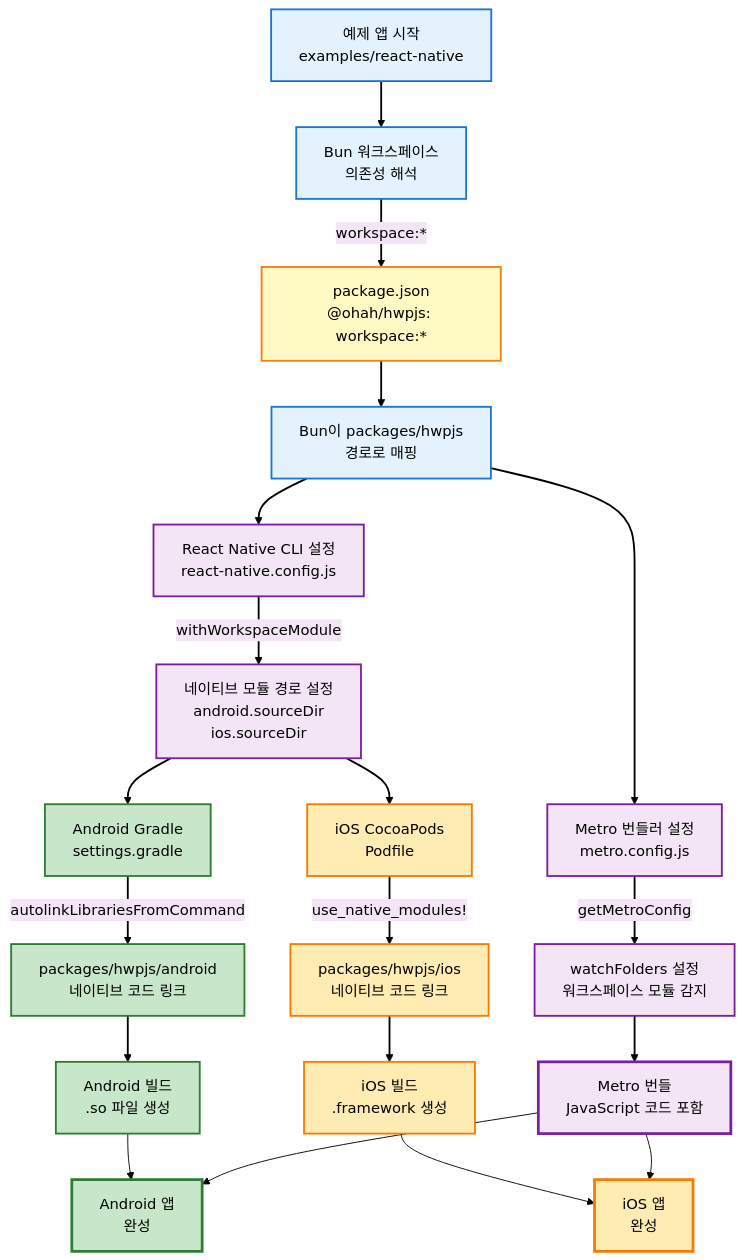
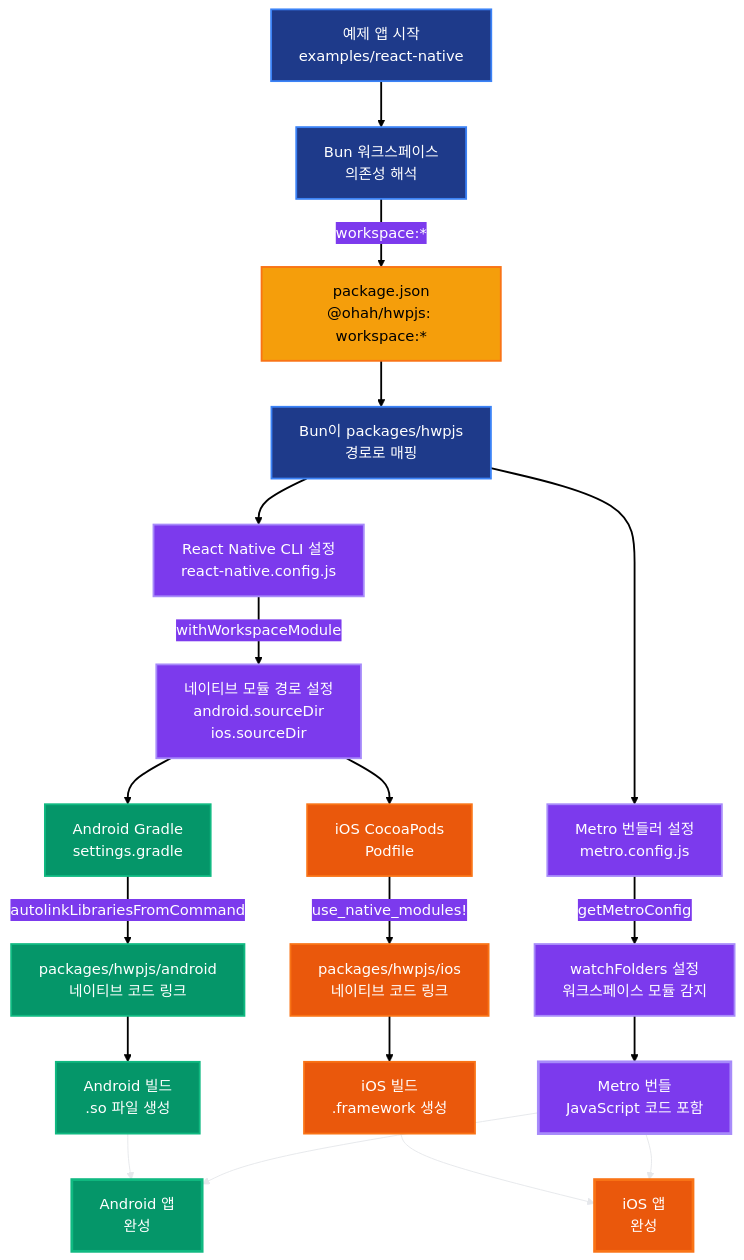
The diagram in docs/monthly-opensource/hwpjs/development-4.mdx (ohah/ohah.github.io), drawn with Mermaid before and after one commit. The commit also changed 3 other files, not shown here.

````diff
--- a/docs/monthly-opensource/hwpjs/development-4.mdx
+++ b/docs/monthly-opensource/hwpjs/development-4.mdx
@@ -276,62 +276,62 @@
 ```mermaid
-%%{init: {'theme':'base', 'themeVariables': { 'primaryColor':'#e3f2fd', 'primaryTextColor':'#000', 'primaryBorderColor':'#1976d2', 'lineColor':'#000000', 'secondaryColor':'#f3e5f5', 'tertiaryColor':'#fff9c4', 'fontSize':'16px', 'clusterBkg':'#e3f2fd', 'clusterText':'#000', 'clusterFontSize':'18px', 'edgeLabelFontSize':'16px'}}}%%
+%%{init: {'theme':'base', 'themeVariables': { 'primaryColor':'#1e3a8a', 'primaryTextColor':'#fff', 'primaryBorderColor':'#3b82f6', 'lineColor':'#e5e7eb', 'secondaryColor':'#7c3aed', 'tertiaryColor':'#f59e0b', 'fontSize':'16px', 'clusterBkg':'#1e3a8a', 'clusterText':'#fff', 'clusterFontSize':'18px', 'edgeLabelFontSize':'16px'}}}%%
 graph TB
     Start["예제 앱 시작<br/>examples/react-native"] --> BunDep["Bun 워크스페이스<br/>의존성 해석"]
     
     BunDep -->|workspace:*| PackageJson["package.json<br/>@ohah/hwpjs: workspace:*"]
     PackageJson --> BunResolve["Bun이 packages/hwpjs<br/>경로로 매핑"]
     
     BunResolve --> MetroConfig["Metro 번들러 설정<br/>metro.config.js"]
     MetroConfig -->|getMetroConfig| MetroWatch["watchFolders 설정<br/>워크스페이스 모듈 감지"]
     
     BunResolve --> RNConfig["React Native CLI 설정<br/>react-native.config.js"]
     RNConfig -->|withWorkspaceModule| RNPath["네이티브 모듈 경로 설정<br/>android.sourceDir<br/>ios.sourceDir"]
     
     RNPath --> AndroidGradle["Android Gradle<br/>settings.gradle"]
     AndroidGradle -->|autolinkLibrariesFromCommand| AndroidLink["packages/hwpjs/android<br/>네이티브 코드 링크"]
     AndroidLink --> AndroidBuild["Android 빌드<br/>.so 파일 생성"]
     
     RNPath --> iOSPodfile["iOS CocoaPods<br/>Podfile"]
     iOSPodfile -->|use_native_modules!| iOSLink["packages/hwpjs/ios<br/>네이티브 코드 링크"]
     iOSLink --> iOSBuild["iOS 빌드<br/>.framework 생성"]
     
     MetroWatch --> MetroBundle["Metro 번들<br/>JavaScript 코드 포함"]
     AndroidBuild --> AndroidApp["Android 앱<br/>완성"]
     iOSBuild --> iOSApp["iOS 앱<br/>완성"]
     
     MetroBundle --> AndroidApp
     MetroBundle --> iOSApp
     
-    style Start fill:#e3f2fd,stroke:#1976d2,stroke-width:2px,color:#000000
-    style BunDep fill:#e3f2fd,stroke:#1976d2,stroke-width:2px,color:#000000
-    style PackageJson fill:#fff9c4,stroke:#f57f17,stroke-width:2px,color:#000000
-    style BunResolve fill:#e3f2fd,stroke:#1976d2,stroke-width:2px,color:#000000
-    style MetroConfig fill:#f3e5f5,stroke:#7b1fa2,stroke-width:2px,color:#000000
-    style MetroWatch fill:#f3e5f5,stroke:#7b1fa2,stroke-width:2px,color:#000000
-    style RNConfig fill:#f3e5f5,stroke:#7b1fa2,stroke-width:2px,color:#000000
-    style RNPath fill:#f3e5f5,stroke:#7b1fa2,stroke-width:2px,color:#000000
-    style AndroidGradle fill:#c8e6c9,stroke:#2e7d32,stroke-width:2px,color:#000000
-    style AndroidLink fill:#c8e6c9,stroke:#2e7d32,stroke-width:2px,color:#000000
-    style AndroidBuild fill:#c8e6c9,stroke:#2e7d32,stroke-width:2px,color:#000000
-    style iOSPodfile fill:#ffecb3,stroke:#f57c00,stroke-width:2px,color:#000000
-    style iOSLink fill:#ffecb3,stroke:#f57c00,stroke-width:2px,color:#000000
-    style iOSBuild fill:#ffecb3,stroke:#f57c00,stroke-width:2px,color:#000000
-    style MetroBundle fill:#f3e5f5,stroke:#7b1fa2,stroke-width:3px,color:#000000
-    style AndroidApp fill:#c8e6c9,stroke:#2e7d32,stroke-width:3px,color:#000000
-    style iOSApp fill:#ffecb3,stroke:#f57c00,stroke-width:3px,color:#000000
+    style Start fill:#1e3a8a,stroke:#3b82f6,stroke-width:2px,color:#ffffff
+    style BunDep fill:#1e3a8a,stroke:#3b82f6,stroke-width:2px,color:#ffffff
+    style PackageJson fill:#f59e0b,stroke:#f97316,stroke-width:2px,color:#000000
+    style BunResolve fill:#1e3a8a,stroke:#3b82f6,stroke-width:2px,color:#ffffff
+    style MetroConfig fill:#7c3aed,stroke:#a78bfa,stroke-width:2px,color:#ffffff
+    style MetroWatch fill:#7c3aed,stroke:#a78bfa,stroke-width:2px,color:#ffffff
+    style RNConfig fill:#7c3aed,stroke:#a78bfa,stroke-width:2px,color:#ffffff
+    style RNPath fill:#7c3aed,stroke:#a78bfa,stroke-width:2px,color:#ffffff
+    style AndroidGradle fill:#059669,stroke:#10b981,stroke-width:2px,color:#ffffff
+    style AndroidLink fill:#059669,stroke:#10b981,stroke-width:2px,color:#ffffff
+    style AndroidBuild fill:#059669,stroke:#10b981,stroke-width:2px,color:#ffffff
+    style iOSPodfile fill:#ea580c,stroke:#f97316,stroke-width:2px,color:#ffffff
+    style iOSLink fill:#ea580c,stroke:#f97316,stroke-width:2px,color:#ffffff
+    style iOSBuild fill:#ea580c,stroke:#f97316,stroke-width:2px,color:#ffffff
+    style MetroBundle fill:#7c3aed,stroke:#a78bfa,stroke-width:3px,color:#ffffff
+    style AndroidApp fill:#059669,stroke:#10b981,stroke-width:3px,color:#ffffff
+    style iOSApp fill:#ea580c,stroke:#f97316,stroke-width:3px,color:#ffffff
     
     linkStyle 0 stroke:#000000,stroke-width:2px
     linkStyle 1 stroke:#000000,stroke-width:2px
     linkStyle 2 stroke:#000000,stroke-width:2px
     linkStyle 3 stroke:#000000,stroke-width:2px
     linkStyle 4 stroke:#000000,stroke-width:2px
     linkStyle 5 stroke:#000000,stroke-width:2px
     linkStyle 6 stroke:#000000,stroke-width:2px
     linkStyle 7 stroke:#000000,stroke-width:2px
     linkStyle 8 stroke:#000000,stroke-width:2px
     linkStyle 9 stroke:#000000,stroke-width:2px
     linkStyle 10 stroke:#000000,stroke-width:2px
     linkStyle 11 stroke:#000000,stroke-width:2px
     linkStyle 12 stroke:#000000,stroke-width:2px
     linkStyle 13 stroke:#000000,stroke-width:2px
 ```
````
